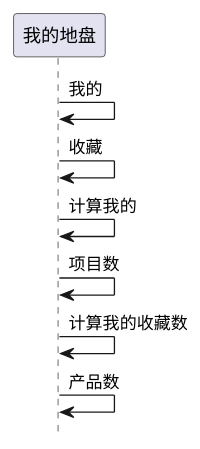
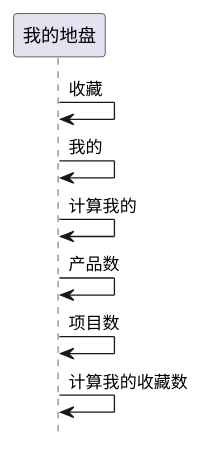
Before and after one commit to zj335841911/nt_chandao: the first of 3 diagrams in ibizpms-docs/src/main/doc/v1/module/ibiz/IbzMyTerritory_old.md, drawn with PlantUML. The commit also changed other lines of this file and 2125 other files, not shown here.

```diff
--- a/ibizpms-docs/src/main/doc/v1/module/ibiz/IbzMyTerritory_old.md
+++ b/ibizpms-docs/src/main/doc/v1/module/ibiz/IbzMyTerritory_old.md
@@ -147,10 +147,10 @@
 {% plantuml %}
 hide footbox
 
+我的地盘 -> 我的地盘: 收藏
 我的地盘 -> 我的地盘: 我的
-我的地盘 -> 我的地盘: 收藏
 我的地盘 -> 我的地盘: 计算我的
+我的地盘 -> 我的地盘: 产品数
 我的地盘 -> 我的地盘: 项目数
 我的地盘 -> 我的地盘: 计算我的收藏数
-我的地盘 -> 我的地盘: 产品数
 {% endplantuml %}
```
